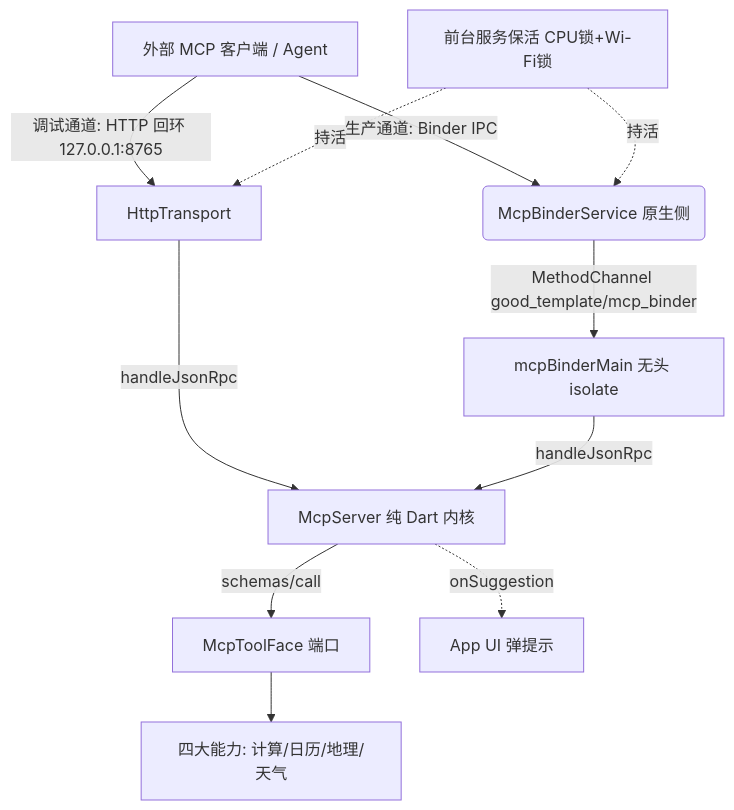
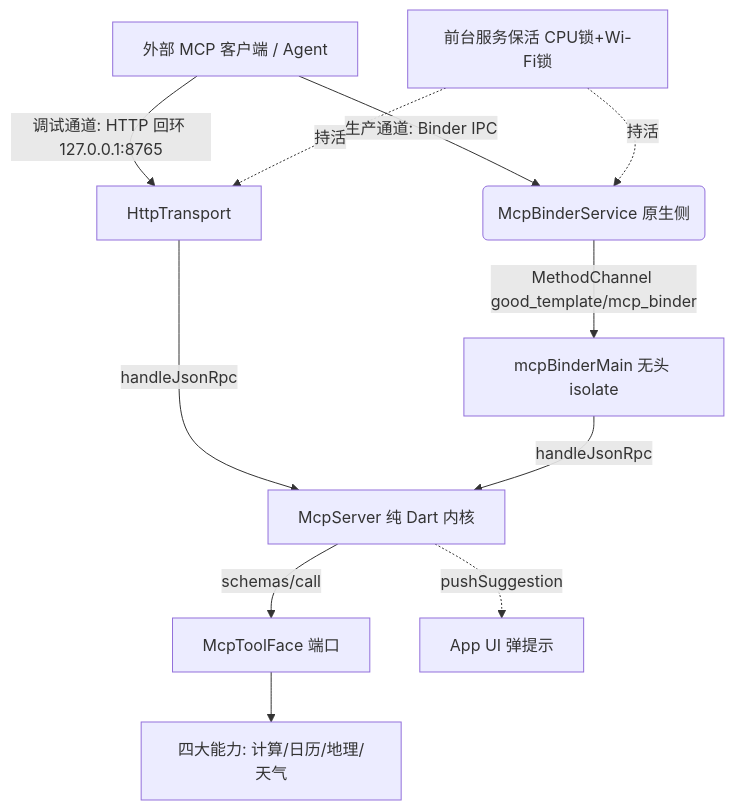
One commit to loveheng/goodTool changed the diagram in docs/product/overview.md. Above: the diagram before and after it, drawn with Mermaid. The commit also changed other lines of this file and 10 other files, not shown here.

````diff
--- a/docs/product/overview.md
+++ b/docs/product/overview.md
@@ -32,13 +32,13 @@
 ```mermaid
 flowchart TD
     A[外部 MCP 客户端 / Agent] -->|生产通道: Binder IPC| B(McpBinderService 原生侧)
     A -->|调试通道: HTTP 回环 127.0.0.1:8765| C[HttpTransport]
     B -->|MethodChannel good_template/mcp_binder| D[mcpBinderMain 无头 isolate]
     C -->|handleJsonRpc| E[McpServer 纯 Dart 内核]
     D -->|handleJsonRpc| E
     E -->|schemas/call| F[McpToolFace 端口]
     F --> G[四大能力: 计算/日历/地理/天气]
-    E -. onSuggestion .-> H[App UI 弹提示]
+    E -. pushSuggestion .-> H[App UI 弹提示]
     I[前台服务保活 CPU锁+Wi-Fi锁] -. 持活 .-> B
     I -. 持活 .-> C
 ```
````
